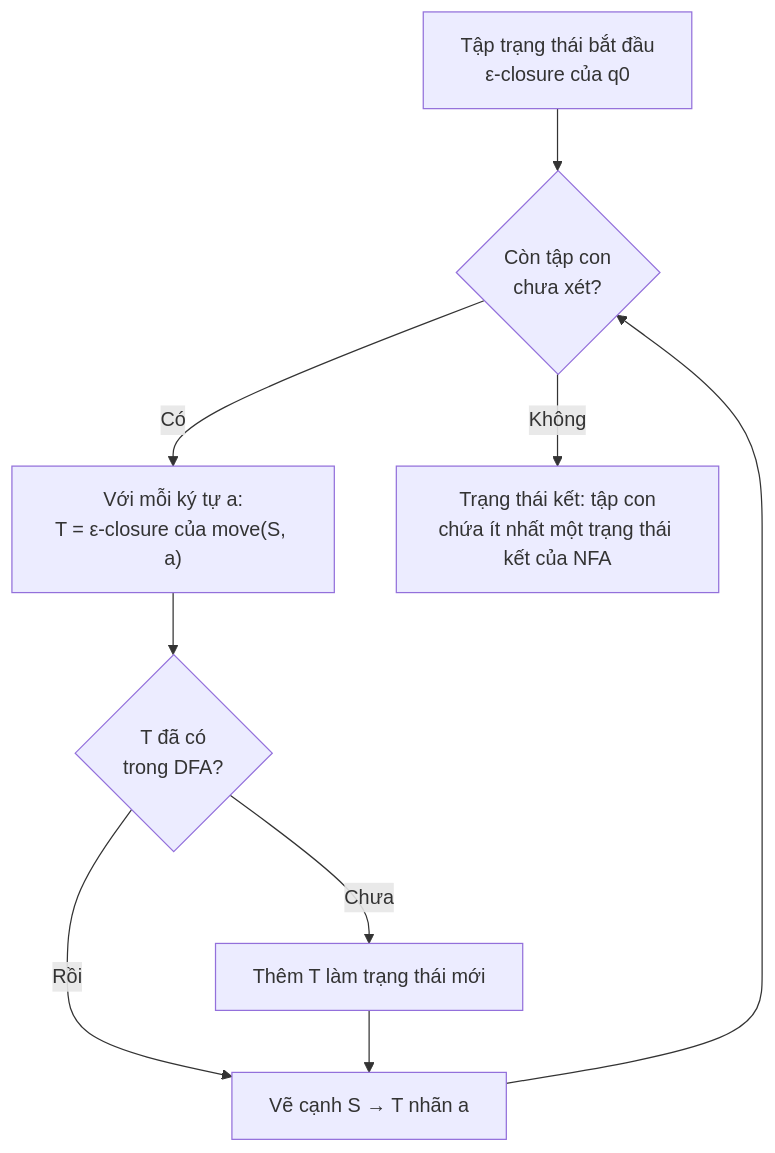
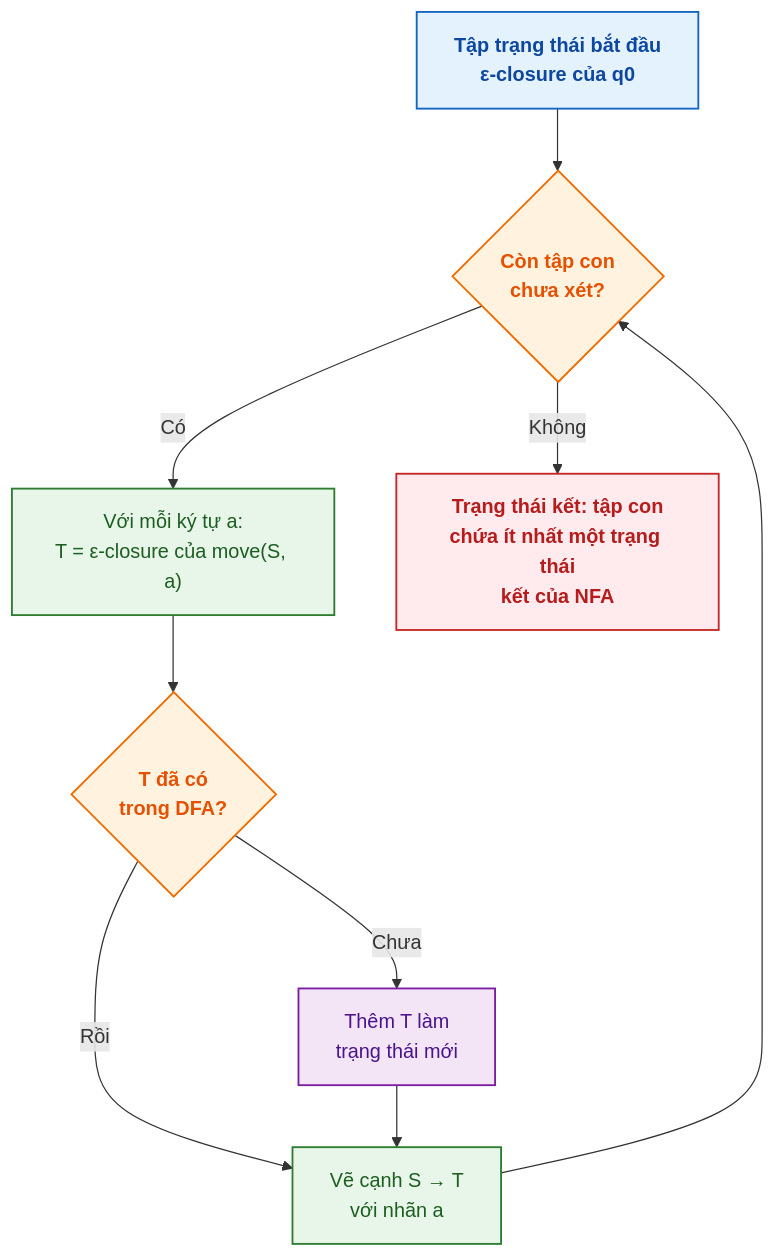
The fourth of 7 diagrams in README.md (huynhthanhphong231004IT/Theoretical_Computer_Science_CT121), drawn with Mermaid before and after one commit. The commit also changed other lines of this file, not shown here.

````diff
--- a/README.md
+++ b/README.md
@@ -128,11 +148,38 @@
 ```mermaid
 flowchart TB
-    S["Tập trạng thái bắt đầu<br/>ε-closure của q0"] --> W{"Còn tập con<br/>chưa xét?"}
-    W -->|Có| M["Với mỗi ký tự a:<br/>T = ε-closure của move(S, a)"]
-    M --> N{"T đã có<br/>trong DFA?"}
-    N -->|Chưa| ADD["Thêm T làm trạng thái mới"]
+    %% Định nghĩa phong cách màu sắc chuẩn Academic (Nhiều màu, chuyên nghiệp)
+    classDef startNode fill:#E3F2FD,stroke:#1565C0,stroke-width:1.5px,color:#0D47A1,font-weight:bold;
+    classDef decisionNode fill:#FFF3E0,stroke:#EF6C00,stroke-width:1.5px,color:#E65100,font-weight:bold;
+    classDef processNode fill:#E8F5E9,stroke:#2E7D32,stroke-width:1.5px,color:#1B5E20;
+    classDef addNode fill:#F3E5F5,stroke:#7B1FA2,stroke-width:1.5px,color:#4A148C;
+    classDef endNode fill:#FFEBEE,stroke:#C62828,stroke-width:1.5px,color:#B71C1C,font-weight:bold;
+
+    %% Các nút trong sơ đồ (đã ngắt dòng chủ động tránh xén chữ)
+    S["Tập trạng thái bắt đầu<br/>ε-closure của q0"]:::startNode
+    
+    W{"Còn tập con<br/>chưa xét?"}:::decisionNode
+    
+    M["Với mỗi ký tự a:<br/>T = ε-closure của move(S, a)"]:::processNode
+    
+    N{"T đã có<br/>trong DFA?"}:::decisionNode
+    
+    ADD["Thêm T làm<br/>trạng thái mới"]:::addNode
+    
+    LINK["Vẽ cạnh S → T<br/>với nhãn a"]:::processNode
+    
+    F["Trạng thái kết: tập con<br/>chứa ít nhất một trạng thái<br/>kết của NFA"]:::endNode
+
+    %% Luồng liên kết
+    S --> W
+    
+    W -->|Có| M
+    M --> N
+    
+    N -->|Chưa| ADD
     N -->|Rồi| LINK
-    ADD --> LINK["Vẽ cạnh S → T nhãn a"]
+    
+    ADD --> LINK
     LINK --> W
-    W -->|Không| F["Trạng thái kết: tập con<br/>chứa ít nhất một trạng thái kết của NFA"]
+    
+    W -->|Không| F
 ```
````
